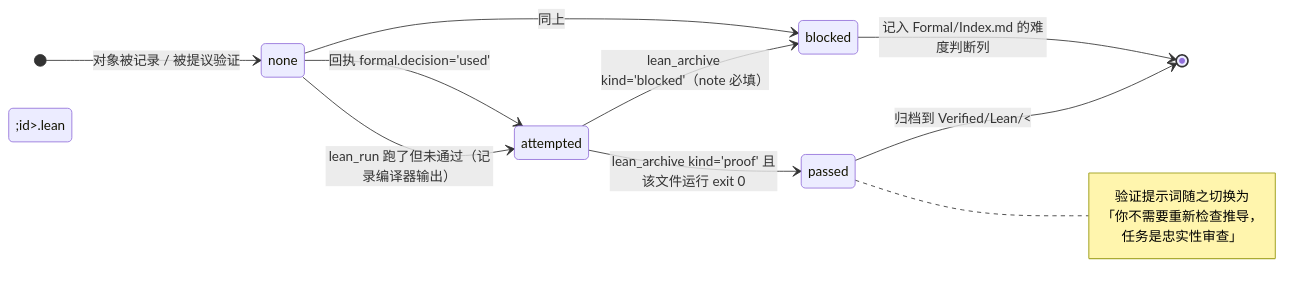
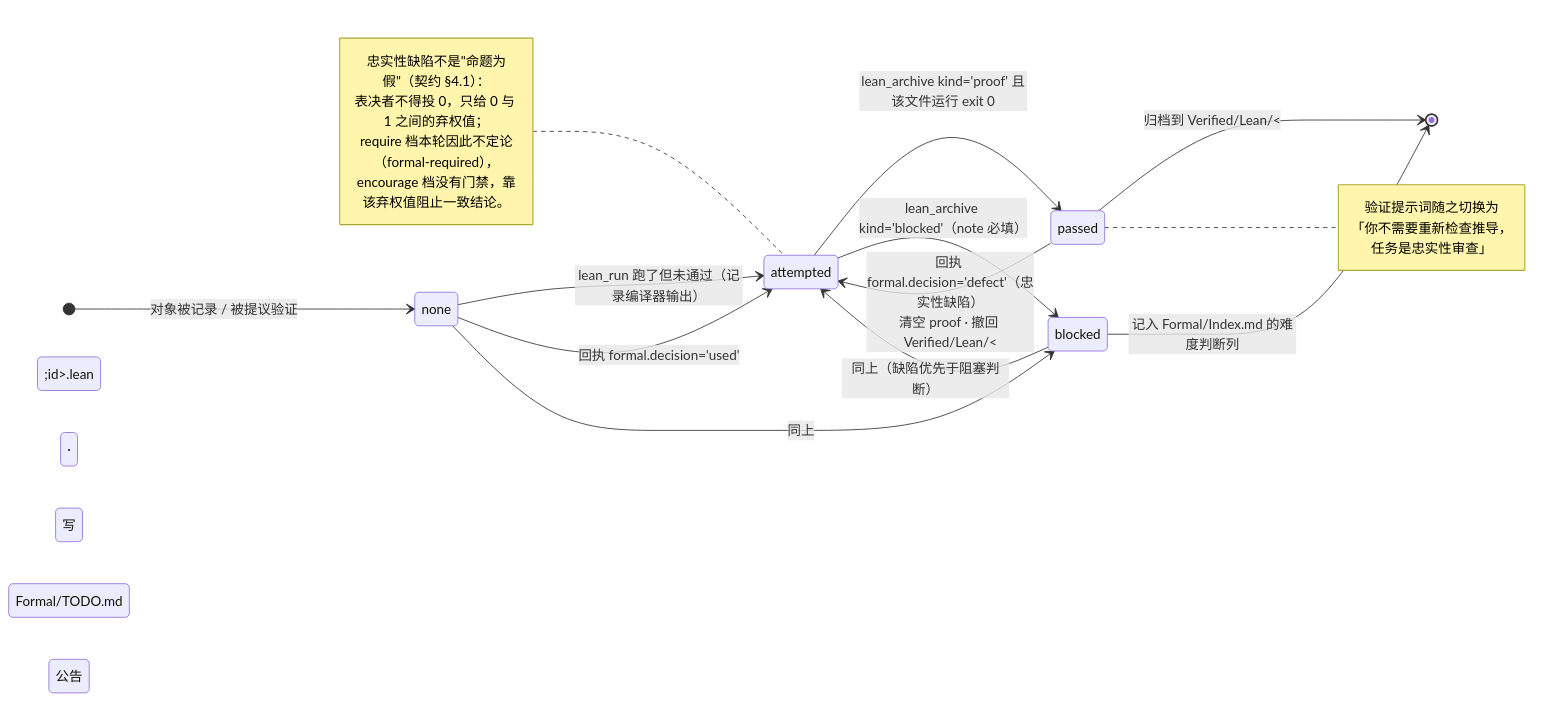
Before and after one commit to ChongCyrus/Vibe-Mathematics: the fifth of 11 diagrams in vibe-math-v5/架构图.md, drawn with Mermaid. The commit also changed other lines of this file and 38 other files, not shown here.

First line of the commit message:
fix(lean): 四套深度审计：修三处高危门禁缺陷 + 撤回语义统一 + 工具 schema 守卫 (2.3.2)

````diff
--- a/vibe-math-v5/架构图.md
+++ b/vibe-math-v5/架构图.md
@@ -170,18 +170,26 @@
 ```mermaid
 stateDiagram-v2
     direction LR
     [*] --> none : 对象被记录 / 被提议验证
     none --> attempted : lean_run 跑了但未通过（记录编译器输出）
     none --> attempted : 回执 formal.decision='used'
     attempted --> passed : lean_archive kind='proof' 且该文件运行 exit 0
     attempted --> blocked : lean_archive kind='blocked'（note 必填）
     none --> blocked : 同上
+    passed --> attempted : 回执 formal.decision='defect'（忠实性缺陷）<br/>清空 proof · 撤回 Verified/Lean/&lt;id&gt;.lean · 写 Formal/TODO.md · 公告
+    blocked --> attempted : 同上（缺陷优先于阻塞判断）
     passed --> [*] : 归档到 Verified/Lean/&lt;id&gt;.lean
     blocked --> [*] : 记入 Formal/Index.md 的难度判断列
 
     note right of passed
       验证提示词随之切换为
       「你不需要重新检查推导，
       任务是忠实性审查」
     end note
+    note left of attempted
+      忠实性缺陷不是"命题为假"（契约 §4.1）：
+      表决者不得投 0，只给 0 与 1 之间的弃权值；
+      require 档本轮因此不定论（formal-required），
+      encourage 档没有门禁，靠该弃权值阻止一致结论。
+    end note
 ```
````
